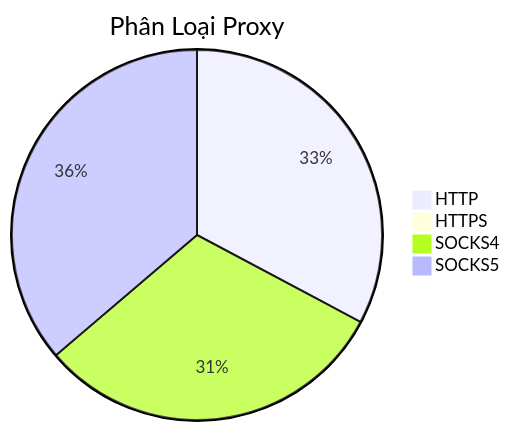
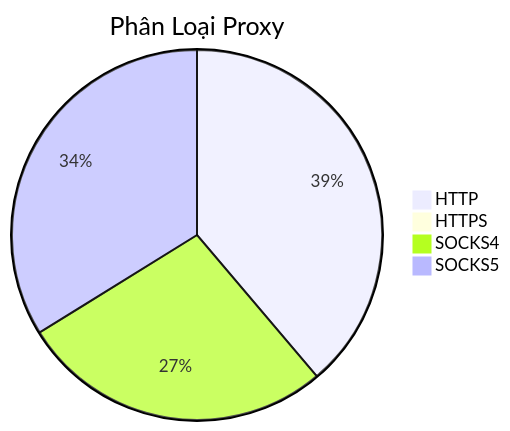
Before and after one commit to Ciara-12/PROXY-free: the diagram in README.md, drawn with Mermaid. The commit also changed other lines of this file and 4 other files, not shown here.

````diff
--- a/README.md
+++ b/README.md
@@ -26,7 +26,7 @@
 ```mermaid
 pie title Phân Loại Proxy
-    "HTTP" : 493
-    "HTTPS" : 0
-    "SOCKS4" : 466
-    "SOCKS5" : 545
+    "HTTP" : 655
+    "HTTPS" : 2
+    "SOCKS4" : 462
+    "SOCKS5" : 571
 ```
````
